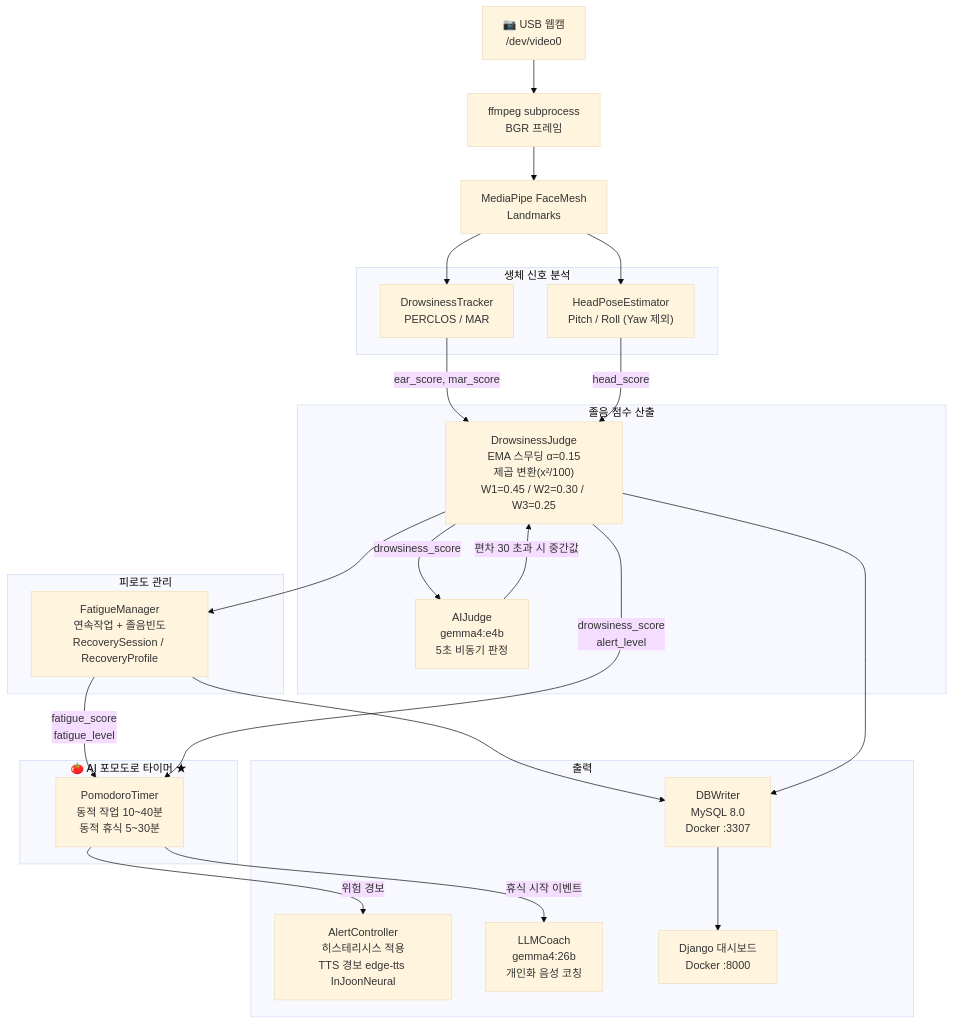
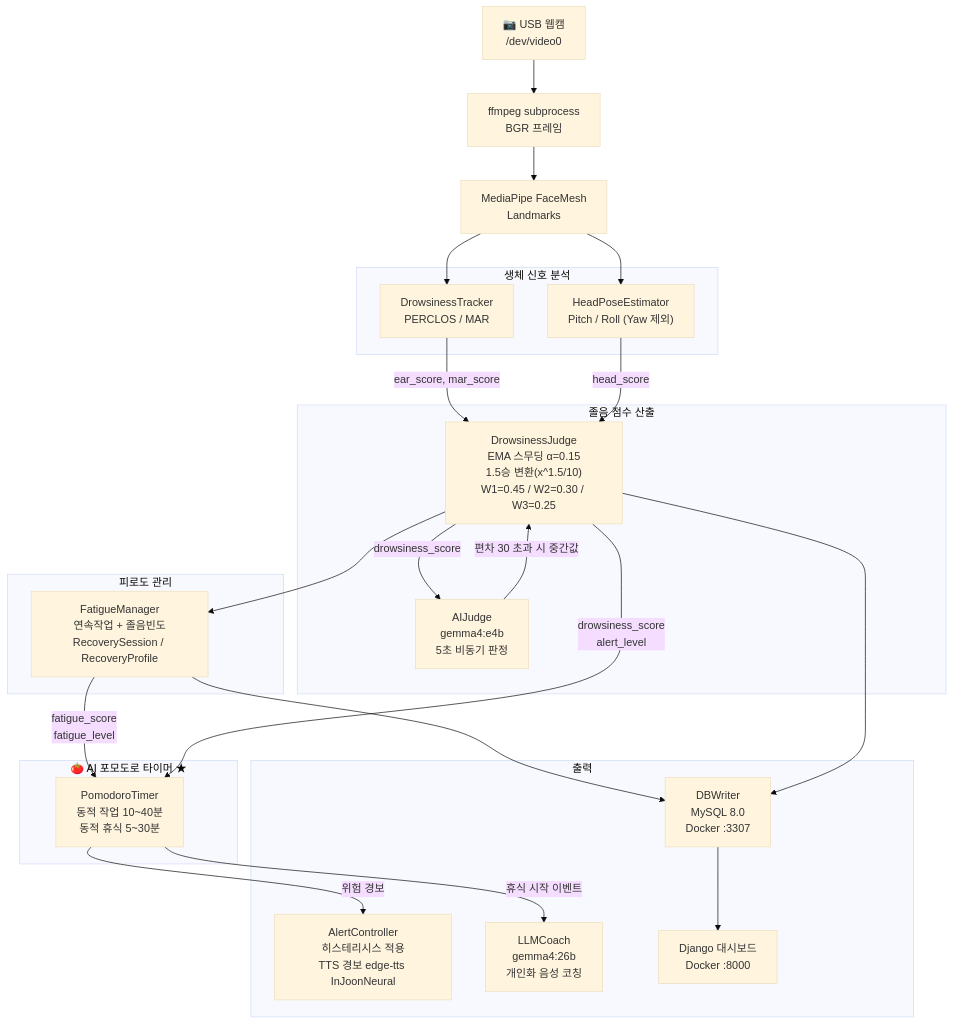
Before and after one commit to pgh165/capstone: the diagram in project.md, drawn with Mermaid (base theme). The commit also changed other lines of this file and 1 other file, not shown here.

````diff
--- a/project.md
+++ b/project.md
@@ -17,46 +17,46 @@
 ```mermaid
 flowchart TD
     CAM["📷 USB 웹캠\n/dev/video0"]
     FFMPEG["ffmpeg subprocess\nBGR 프레임"]
     MP["MediaPipe FaceMesh\nLandmarks"]
 
     subgraph BIOMETRIC["생체 신호 분석"]
         DT["DrowsinessTracker\nPERCLOS / MAR"]
         HP["HeadPoseEstimator\nPitch / Roll (Yaw 제외)"]
     end
 
     subgraph SCORING["졸음 점수 산출"]
-        DJ["DrowsinessJudge\nEMA 스무딩 α=0.15\n제곱 변환(x²/100)\nW1=0.45 / W2=0.30 / W3=0.25"]
+        DJ["DrowsinessJudge\nEMA 스무딩 α=0.15\n1.5승 변환(x^1.5/10)\nW1=0.45 / W2=0.30 / W3=0.25"]
         AJ["AIJudge\ngemma4:e4b\n5초 비동기 판정"]
     end
 
     subgraph FATIGUE["피로도 관리"]
         FM["FatigueManager\n연속작업 + 졸음빈도\nRecoverySession / RecoveryProfile"]
     end
 
     subgraph POMODORO["🍅 AI 포모도로 타이머 ★"]
         PT["PomodoroTimer\n동적 작업 10~40분\n동적 휴식 5~30분"]
     end
 
     subgraph OUTPUT["출력"]
         AC["AlertController\n히스테리시스 적용\nTTS 경보 edge-tts InJoonNeural"]
         LC["LLMCoach\ngemma4:26b\n개인화 음성 코칭"]
         DB["DBWriter\nMySQL 8.0\nDocker :3307"]
         WEB["Django 대시보드\nDocker :8000"]
     end
 
     CAM --> FFMPEG --> MP
     MP --> DT & HP
     DT -->|ear_score, mar_score| DJ
     HP -->|head_score| DJ
     DJ -->|drowsiness_score| AJ
     AJ -->|편차 30 초과 시 중간값| DJ
     DJ --> FM
     FM -->|fatigue_score\nfatigue_level| PT
     DJ -->|drowsiness_score\nalert_level| PT
     PT -->|휴식 시작 이벤트| LC
     PT -->|위험 경보| AC
     FM --> DB
     DJ --> DB
     DB --> WEB
 ```
````
